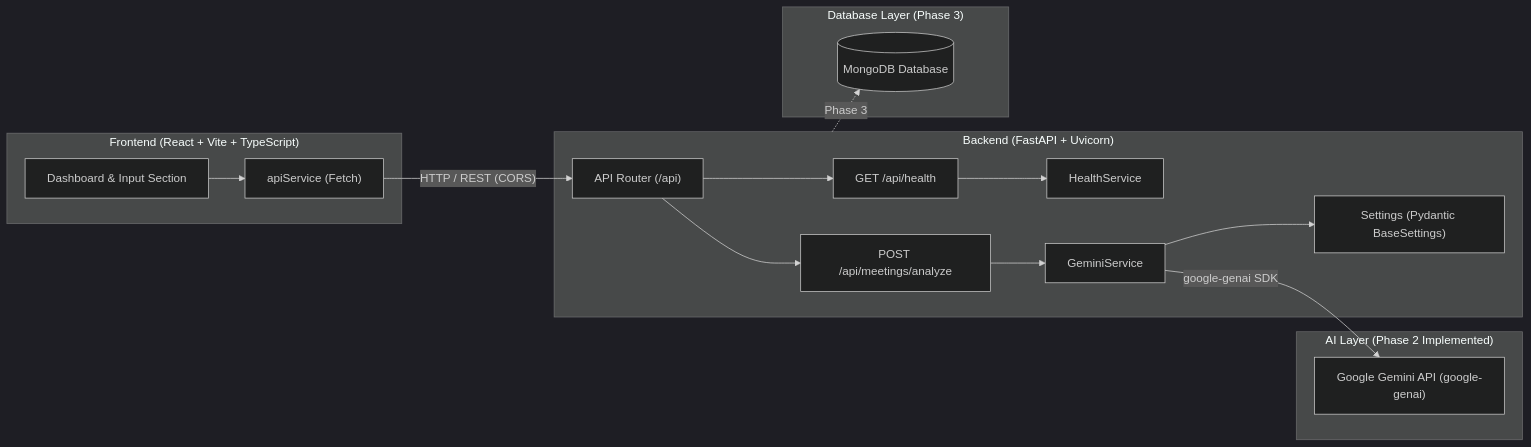
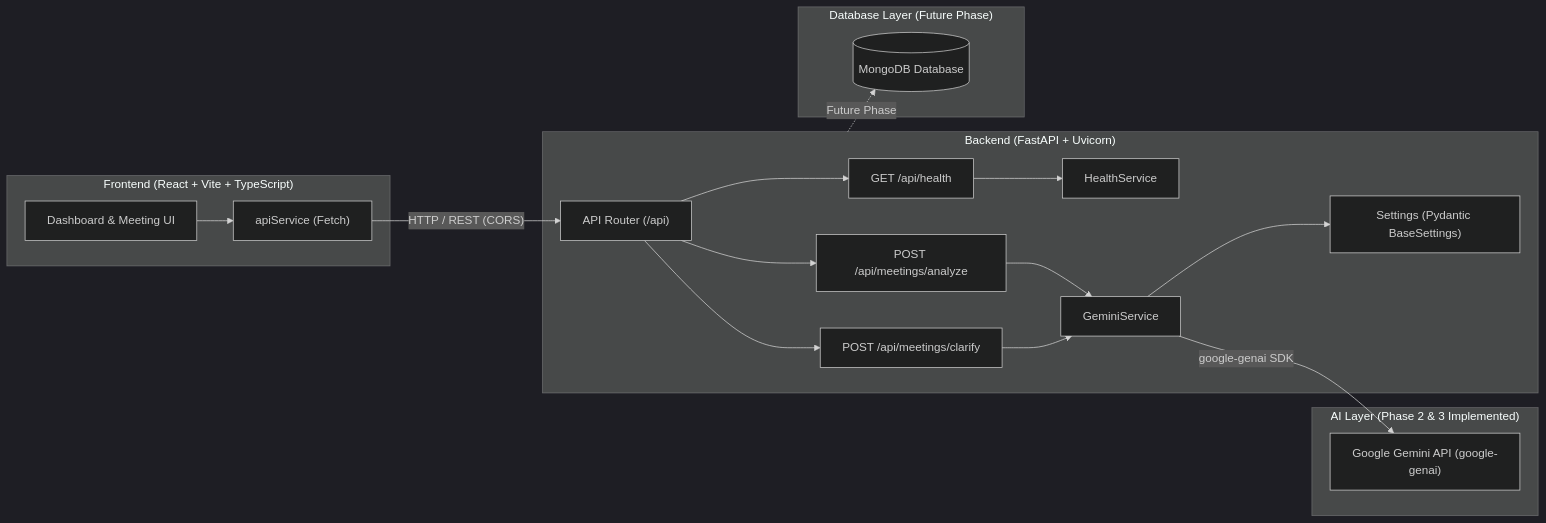
Before and after one commit to rohitt-prog/MeetMindAI: the diagram in README.md, drawn with Mermaid (dark theme). The commit also changed other lines of this file and 7 other files, not shown here.

````diff
--- a/README.md
+++ b/README.md
@@ -79,35 +83,38 @@
 ```mermaid
 flowchart LR
     subgraph Client ["Frontend (React + Vite + TypeScript)"]
-        UI["Dashboard & Input Section"]
+        UI["Dashboard & Meeting UI"]
         ClientService["apiService (Fetch)"]
         UI --> ClientService
     end
 
     subgraph Server ["Backend (FastAPI + Uvicorn)"]
         Router["API Router (/api)"]
         HealthRoute["GET /api/health"]
         AnalyzeRoute["POST /api/meetings/analyze"]
+        ClarifyRoute["POST /api/meetings/clarify"]
         HealthService["HealthService"]
         GeminiService["GeminiService"]
         Config["Settings (Pydantic BaseSettings)"]
         
         Router --> HealthRoute
         Router --> AnalyzeRoute
+        Router --> ClarifyRoute
         HealthRoute --> HealthService
         AnalyzeRoute --> GeminiService
+        ClarifyRoute --> GeminiService
         GeminiService --> Config
     end
 
-    subgraph AI ["AI Layer (Phase 2 Implemented)"]
+    subgraph AI ["AI Layer (Phase 2 & 3 Implemented)"]
         Gemini["Google Gemini API (google-genai)"]
     end
 
-    subgraph FutureDB ["Database Layer (Phase 3)"]
+    subgraph FutureDB ["Database Layer (Future Phase)"]
         MongoDB[("MongoDB Database")]
     end
 
     ClientService -- "HTTP / REST (CORS)" --> Router
     GeminiService -- "google-genai SDK" --> Gemini
-    Server -. "Phase 3" .-> MongoDB
+    Server -. "Future Phase" .-> MongoDB
 ```
````
